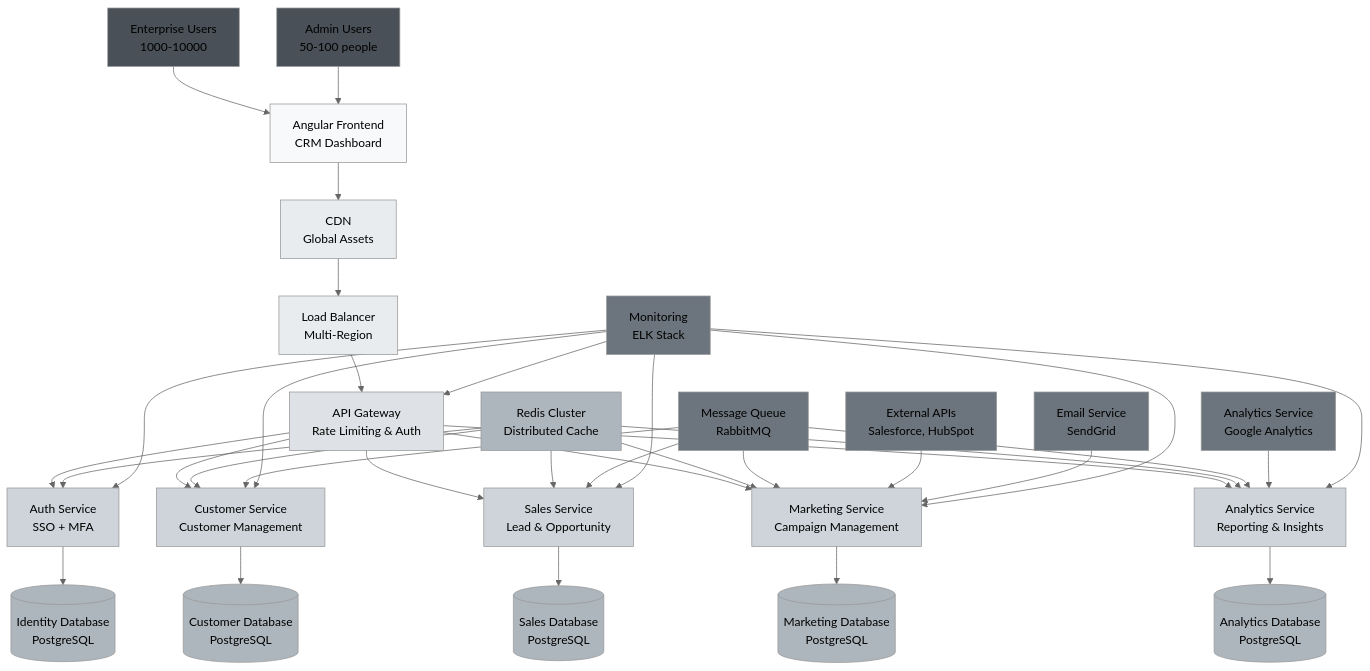
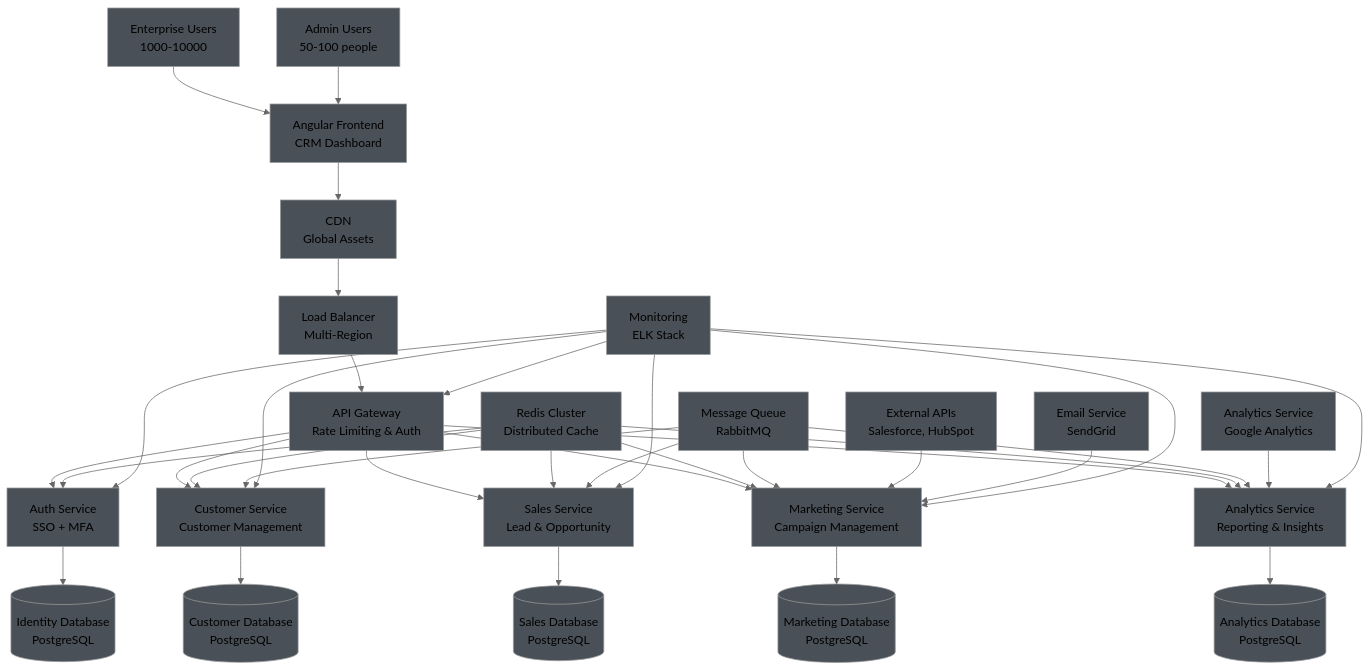
Before and after one commit to nayanvithanage/code_20-architecture-practice: the fourth of 5 diagrams in architecture-by-size-examples.md, drawn with Mermaid (neutral theme). The commit also changed other lines of this file, not shown here.

Commit message:
refactor: standardize color styles across all architecture-by-size examples for uniformity

````diff
--- a/architecture-by-size-examples.md
+++ b/architecture-by-size-examples.md
@@ -136,66 +136,66 @@
 ```mermaid
 graph TD
     A[Angular Frontend<br/>CRM Dashboard] --> B[CDN<br/>Global Assets]
     B --> C[Load Balancer<br/>Multi-Region]
     C --> D[API Gateway<br/>Rate Limiting & Auth]
     
     D --> E[Auth Service<br/>SSO + MFA]
     D --> F[Customer Service<br/>Customer Management]
     D --> G[Sales Service<br/>Lead & Opportunity]
     D --> H[Marketing Service<br/>Campaign Management]
     D --> I[Analytics Service<br/>Reporting & Insights]
     
     E --> J[(Identity Database<br/>PostgreSQL)]
     F --> K[(Customer Database<br/>PostgreSQL)]
     G --> L[(Sales Database<br/>PostgreSQL)]
     H --> M[(Marketing Database<br/>PostgreSQL)]
     I --> N[(Analytics Database<br/>PostgreSQL)]
     
     O[Redis Cluster<br/>Distributed Cache] --> E
     O --> F
     O --> G
     O --> H
     O --> I
     
     P[Message Queue<br/>RabbitMQ] --> F
     P --> G
     P --> H
     P --> I
     
     Q[External APIs<br/>Salesforce, HubSpot] --> H
     R[Email Service<br/>SendGrid] --> H
     S[Analytics Service<br/>Google Analytics] --> I
     
     T[Monitoring<br/>ELK Stack] --> D
     T --> E
     T --> F
     T --> G
     T --> H
     T --> I
     
     U[Enterprise Users<br/>1000-10000] --> A
     V[Admin Users<br/>50-100 people] --> A
     
-    style A fill:#f8f9fa
-    style B fill:#e9ecef
-    style C fill:#e9ecef
-    style D fill:#dee2e6
-    style E fill:#ced4da
-    style F fill:#ced4da
-    style G fill:#ced4da
-    style H fill:#ced4da
-    style I fill:#ced4da
-    style J fill:#adb5bd
-    style K fill:#adb5bd
-    style L fill:#adb5bd
-    style M fill:#adb5bd
-    style N fill:#adb5bd
-    style O fill:#adb5bd
-    style P fill:#6c757d
-    style Q fill:#6c757d
-    style R fill:#6c757d
-    style S fill:#6c757d
-    style T fill:#6c757d
+    style A fill:#495057
+    style B fill:#495057
+    style C fill:#495057
+    style D fill:#495057
+    style E fill:#495057
+    style F fill:#495057
+    style G fill:#495057
+    style H fill:#495057
+    style I fill:#495057
+    style J fill:#495057
+    style K fill:#495057
+    style L fill:#495057
+    style M fill:#495057
+    style N fill:#495057
+    style O fill:#495057
+    style P fill:#495057
+    style Q fill:#495057
+    style R fill:#495057
+    style S fill:#495057
+    style T fill:#495057
     style U fill:#495057
     style V fill:#495057
 ```
````
